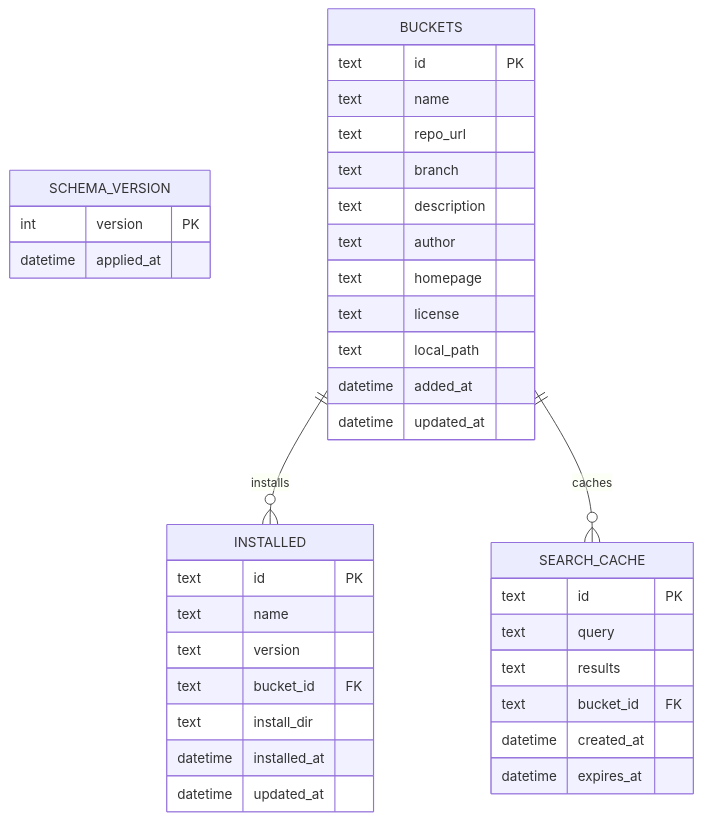
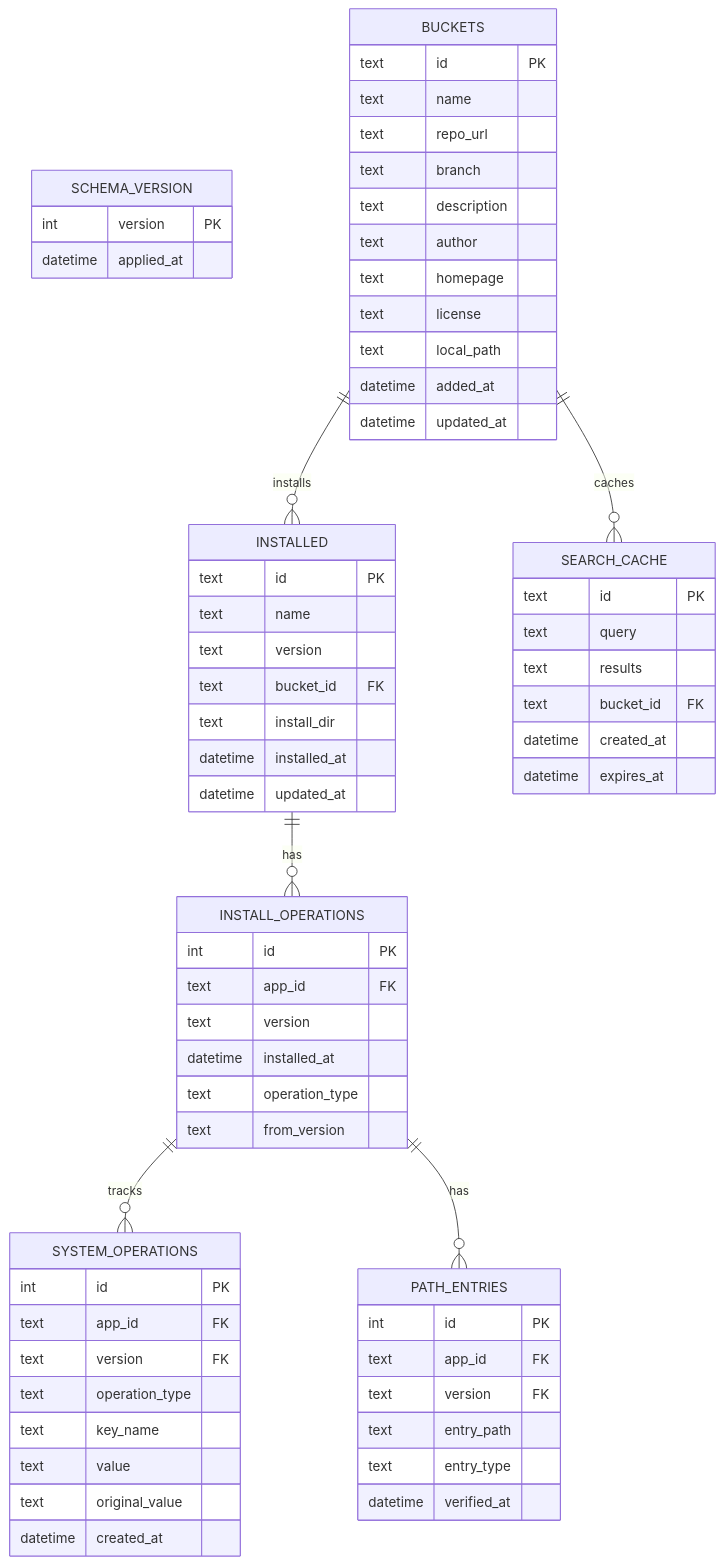
One commit to morning-start/chopsticks changed the third of 5 diagrams in wiki/design/DATABASE.md. Above: the diagram before and after it, drawn with Mermaid. The commit also changed other lines of this file and 17 other files, not shown here.

````diff
--- a/wiki/design/DATABASE.md
+++ b/wiki/design/DATABASE.md
@@ -524,43 +524,75 @@
 ```mermaid
 erDiagram
     SCHEMA_VERSION {
         int version PK
         datetime applied_at
     }
 
     BUCKETS {
         text id PK
         text name
         text repo_url
         text branch
         text description
         text author
         text homepage
         text license
         text local_path
         datetime added_at
         datetime updated_at
     }
 
     INSTALLED {
         text id PK
         text name
         text version
         text bucket_id FK
         text install_dir
         datetime installed_at
         datetime updated_at
     }
 
     SEARCH_CACHE {
         text id PK
         text query
         text results
         text bucket_id FK
         datetime created_at
         datetime expires_at
     }
 
+    INSTALL_OPERATIONS {
+        int id PK
+        text app_id FK
+        text version
+        datetime installed_at
+        text operation_type
+        text from_version
+    }
+
+    SYSTEM_OPERATIONS {
+        int id PK
+        text app_id FK
+        text version FK
+        text operation_type
+        text key_name
+        text value
+        text original_value
+        datetime created_at
+    }
+
+    PATH_ENTRIES {
+        int id PK
+        text app_id FK
+        text version FK
+        text entry_path
+        text entry_type
+        datetime verified_at
+    }
+
     BUCKETS ||--o{ INSTALLED : installs
     BUCKETS ||--o{ SEARCH_CACHE : caches
+    INSTALLED ||--o{ INSTALL_OPERATIONS : has
+    INSTALL_OPERATIONS ||--o{ SYSTEM_OPERATIONS : tracks
+    INSTALL_OPERATIONS ||--o{ PATH_ENTRIES : has
 ```
````
